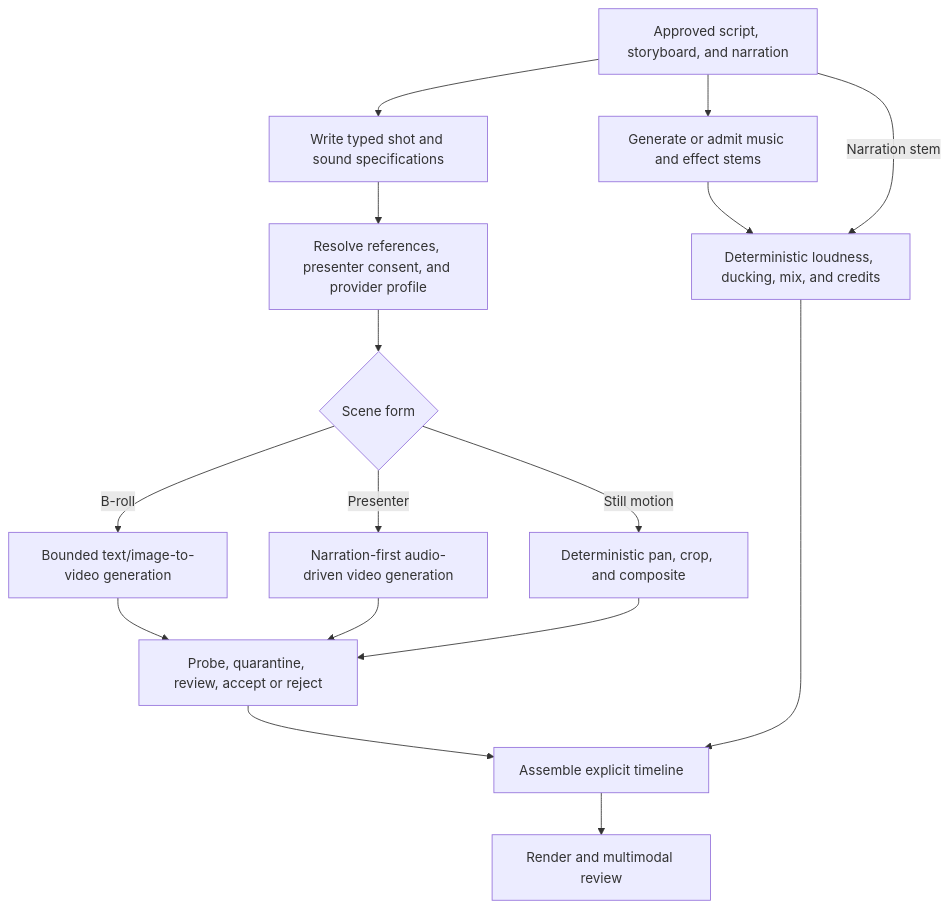
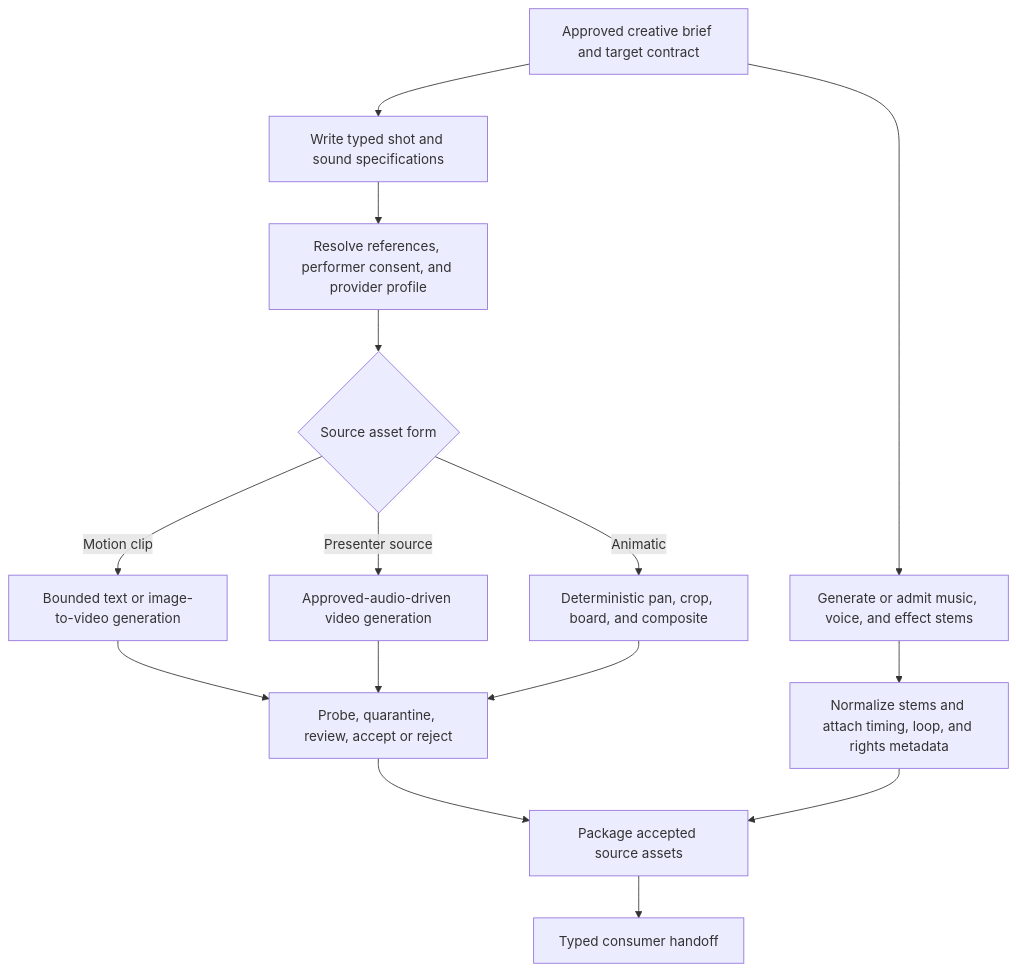
One commit to hexanomicon/lychd changed the first of 2 diagrams in docs/compositions/voidlight-studio.md. Above: the diagram before and after it, drawn with Mermaid. The commit also changed other lines of this file and 241 other files, not shown here.

````diff
--- a/docs/compositions/voidlight-studio.md
+++ b/docs/compositions/voidlight-studio.md
@@ -119,18 +160,17 @@
 ```mermaid
 flowchart TD
-    S["Approved script, storyboard, and narration"] --> P["Write typed shot and sound specifications"]
-    P --> R["Resolve references, presenter consent, and provider profile"]
-    R --> B{"Scene form"}
-    B -->|B-roll| V["Bounded text/image-to-video generation"]
-    B -->|Presenter| A["Narration-first audio-driven video generation"]
-    B -->|Still motion| F["Deterministic pan, crop, and composite"]
+    S["Approved creative brief and target contract"] --> P["Write typed shot and sound specifications"]
+    P --> R["Resolve references, performer consent, and provider profile"]
+    R --> B{"Source asset form"}
+    B -->|Motion clip| V["Bounded text or image-to-video generation"]
+    B -->|Presenter source| A["Approved-audio-driven video generation"]
+    B -->|Animatic| F["Deterministic pan, crop, board, and composite"]
     V --> Q["Probe, quarantine, review, accept or reject"]
     A --> Q
     F --> Q
-    S --> M["Generate or admit music and effect stems"]
-    M --> L["Deterministic loudness, ducking, mix, and credits"]
-    S -->|Narration stem| L
-    Q --> T["Assemble explicit timeline"]
-    L --> T
-    T --> X["Render and multimodal review"]
+    S --> M["Generate or admit music, voice, and effect stems"]
+    M --> L["Normalize stems and attach timing, loop, and rights metadata"]
+    Q --> H["Package accepted source assets"]
+    L --> H
+    H --> C["Typed consumer handoff"]
 ```
````
